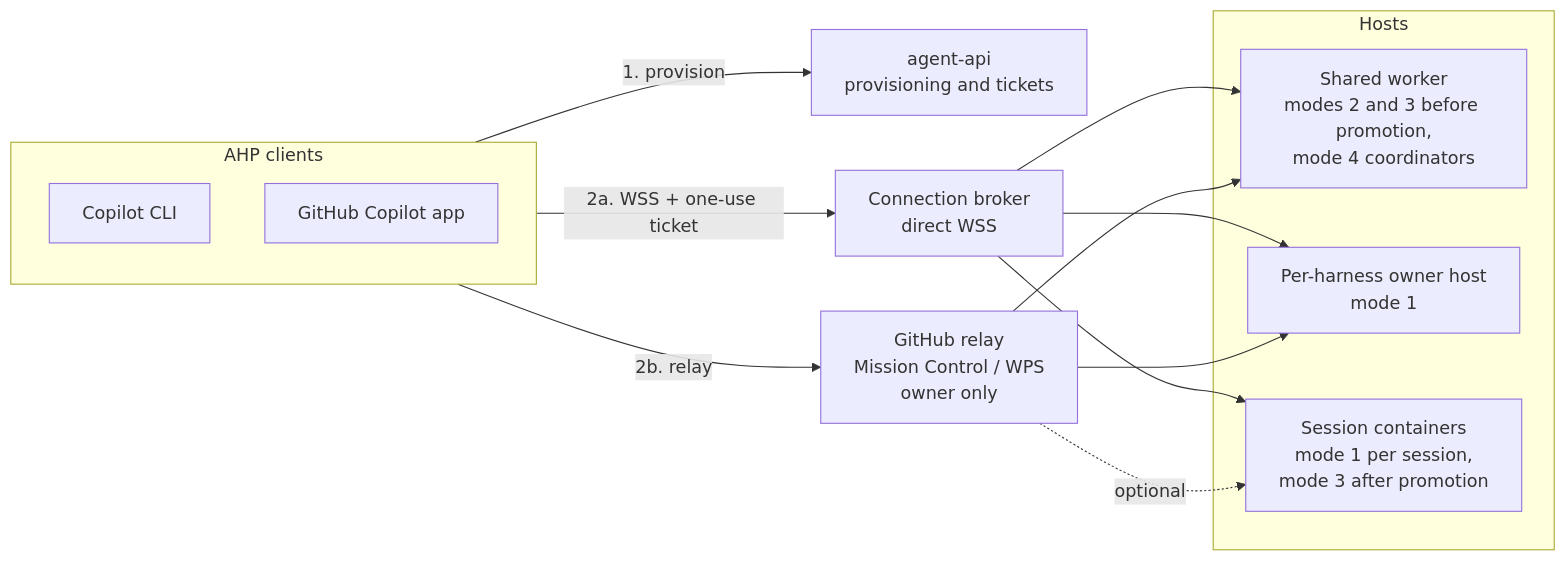
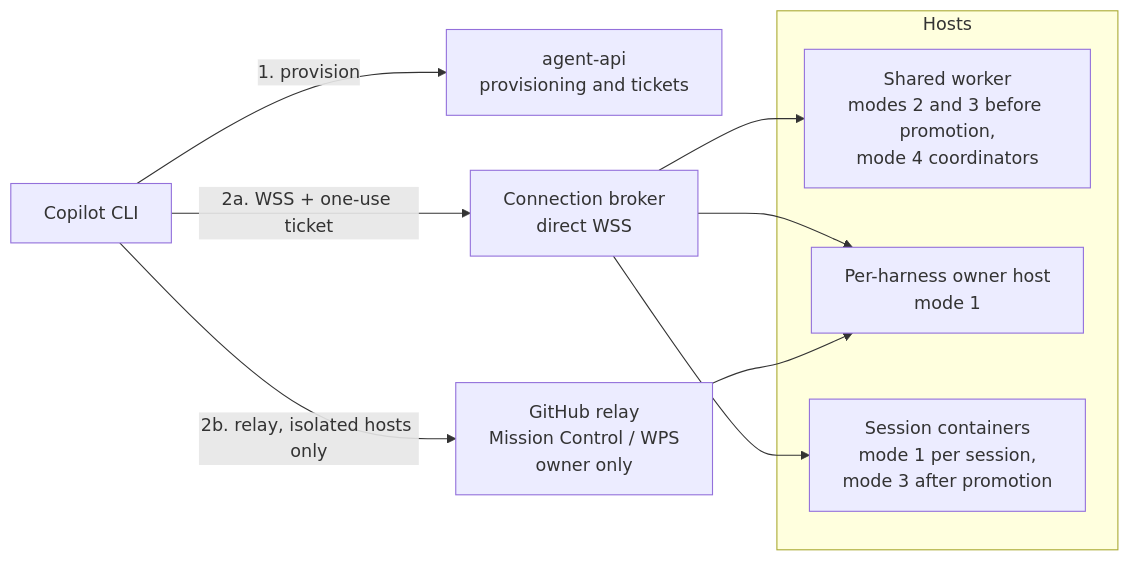
The first of 4 diagrams in docs/HOSTING-MODES-PLAN.md (patniko/copilot-sdk-aspire), drawn with Mermaid before and after one commit. The commit also changed other lines of this file and 1 other file, not shown here.

````diff
--- a/docs/HOSTING-MODES-PLAN.md
+++ b/docs/HOSTING-MODES-PLAN.md
@@ -185,24 +238,19 @@
 ```mermaid
 flowchart LR
-    subgraph Clients["AHP clients"]
-        CLI["Copilot CLI"]
-        App["GitHub Copilot app"]
-    end
+    CLI["Copilot CLI"]
     API["agent-api<br/>provisioning and tickets"]
     Broker["Connection broker<br/>direct WSS"]
     Relay["GitHub relay<br/>Mission Control / WPS<br/>owner only"]
     subgraph Hosts["Hosts"]
         Shared["Shared worker<br/>modes 2 and 3 before promotion,<br/>mode 4 coordinators"]
         Owner["Per-harness owner host<br/>mode 1"]
         Session["Session containers<br/>mode 1 per session,<br/>mode 3 after promotion"]
     end
-    Clients -->|"1. provision"| API
-    Clients -->|"2a. WSS + one-use ticket"| Broker
-    Clients -->|"2b. relay"| Relay
+    CLI -->|"1. provision"| API
+    CLI -->|"2a. WSS + one-use ticket"| Broker
+    CLI -->|"2b. relay, isolated hosts only"| Relay
     Broker --> Shared
     Broker --> Owner
     Broker --> Session
-    Relay --> Shared
     Relay --> Owner
-    Relay -.->|"optional"| Session
 ```
````
